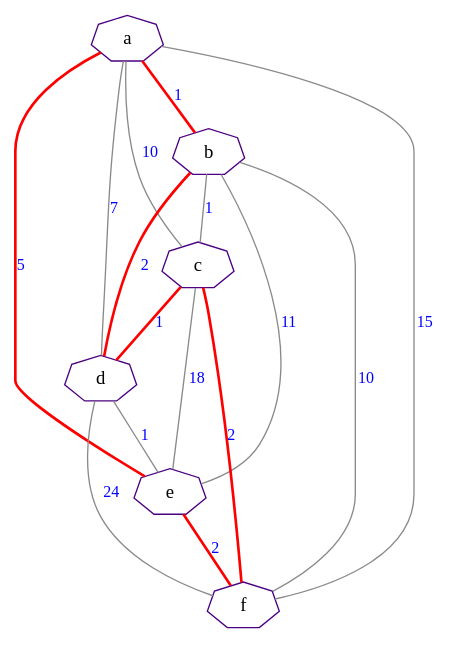
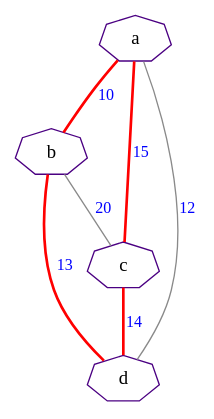
Before and after one commit to Sunshine-ki/BMSTU5_AA: the diagram in lab_06/src/result/result.gv, drawn with Graphviz. The commit also changed 4 other files, not shown here.

```diff
--- a/lab_06/src/result/result.gv
+++ b/lab_06/src/result/result.gv
@@ -1,21 +1,12 @@
 graph G
 {
     edge[color="gray54",fontcolor="blue",fontsize=12, len=3];
     node[color="indigo",fontsize=14, shape="septagon"];
 
-    a -- b [label="1", color=red, penwidth=2.0];
-    a -- c [label="10"];
-    b -- c [label="1"];
-    a -- d [label="7"];
-    b -- d [label="2", color=red, penwidth=2.0];
-    c -- d [label="1", color=red, penwidth=2.0];
-    a -- e [label="5", color=red, penwidth=2.0];
-    b -- e [label="11"];
-    c -- e [label="18"];
-    d -- e [label="1"];
-    a -- f [label="15"];
-    b -- f [label="10"];
-    c -- f [label="2", color=red, penwidth=2.0];
-    d -- f [label="24"];
-    e -- f [label="2", color=red, penwidth=2.0];
+    a -- b [label="10", color=red, penwidth=2.0];
+    a -- c [label="15", color=red, penwidth=2.0];
+    b -- c [label="20"];
+    a -- d [label="12"];
+    b -- d [label="13", color=red, penwidth=2.0];
+    c -- d [label="14", color=red, penwidth=2.0];
 }
```
